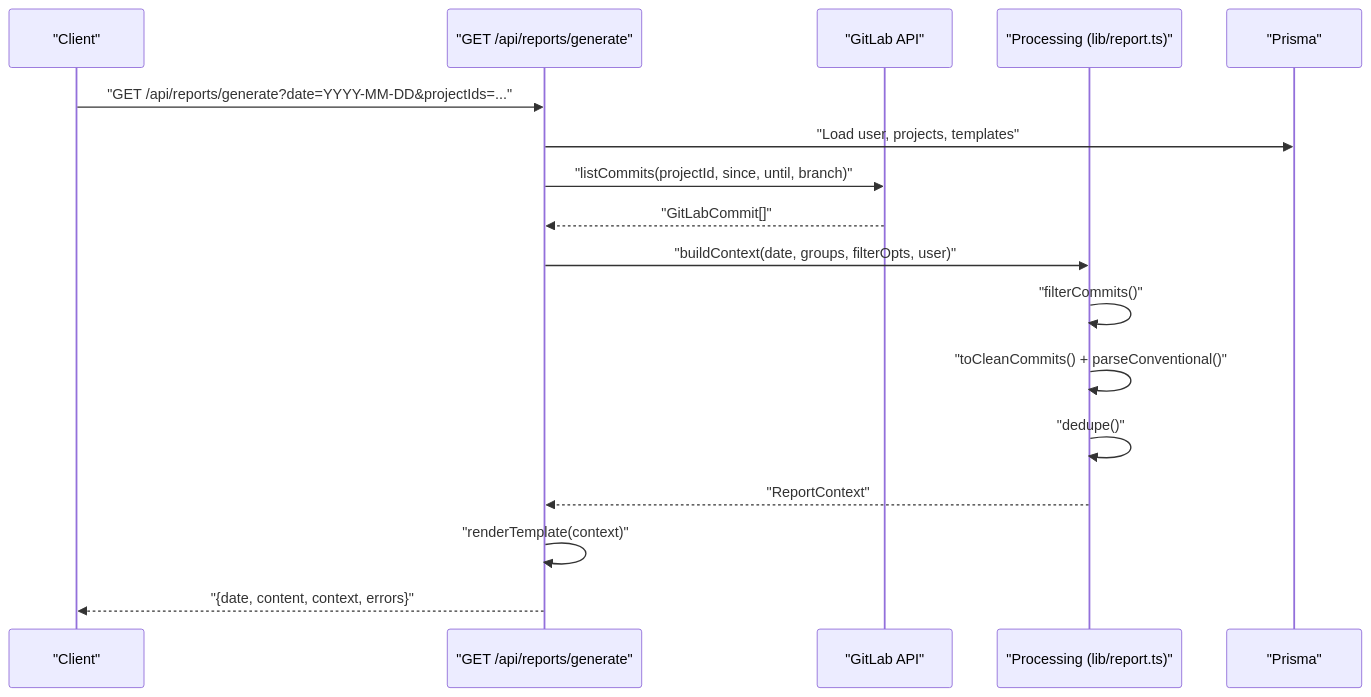
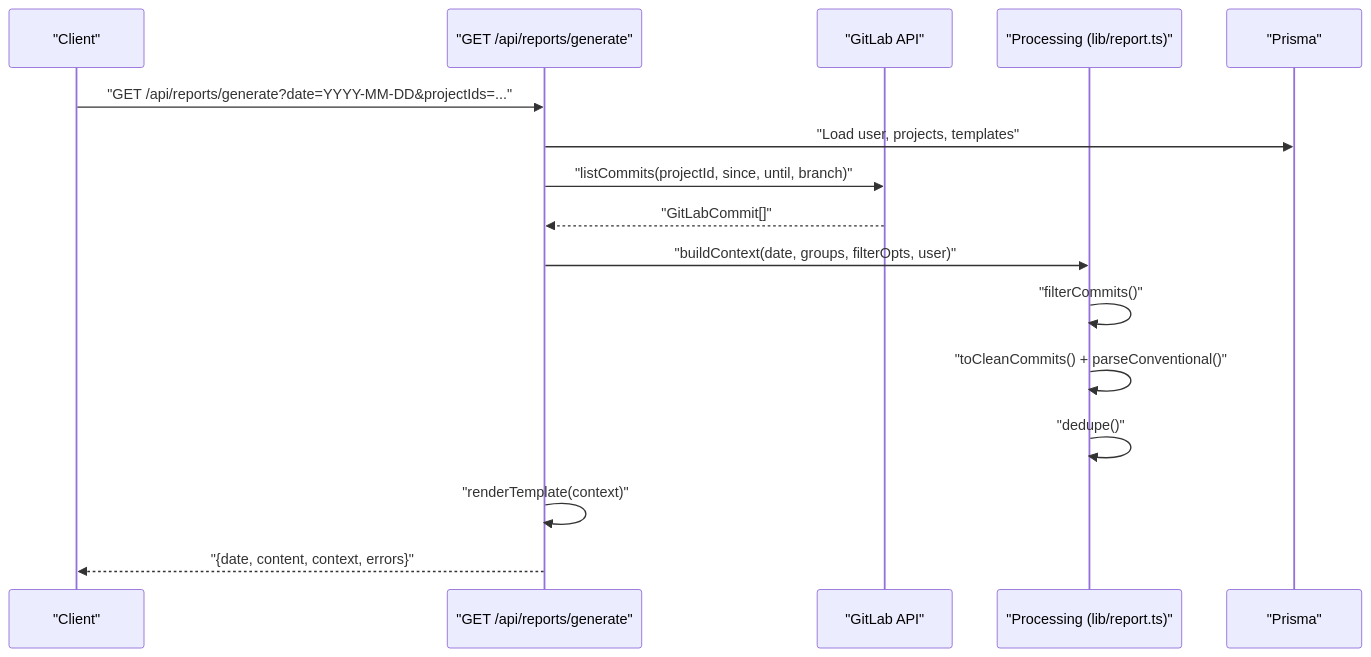
Before and after one commit to jrj444/git-daily: the second of 11 diagrams in .qoder/repowiki/en/content/Report Generation System/Commit Processing and Filtering.md, drawn with Mermaid. The commit also changed other lines of this file and 6 other files, not shown here.

````diff
--- a/.qoder/repowiki/en/content/Report Generation System/Commit Processing and Filtering.md
+++ b/.qoder/repowiki/en/content/Report Generation System/Commit Processing and Filtering.md
@@ -85,19 +94,18 @@
 ```mermaid
 sequenceDiagram
 participant Client as "Client"
 participant API as "GET /api/reports/generate"
 participant GL as "GitLab API"
 participant Proc as "Processing (lib/report.ts)"
 participant DB as "Prisma"
 Client->>API : "GET /api/reports/generate?date=YYYY-MM-DD&projectIds=..."
 API->>DB : "Load user, projects, templates"
 API->>GL : "listCommits(projectId, since, until, branch)"
 GL-->>API : "GitLabCommit[]"
 API->>Proc : "buildContext(date, groups, filterOpts, user)"
 Proc->>Proc : "filterCommits()"
 Proc->>Proc : "toCleanCommits() + parseConventional()"
 Proc->>Proc : "dedupe()"
-Proc-->>API : "ReportContext"
 API->>API : "renderTemplate(context)"
 API-->>Client : "{date, content, context, errors}"
 ```
````
